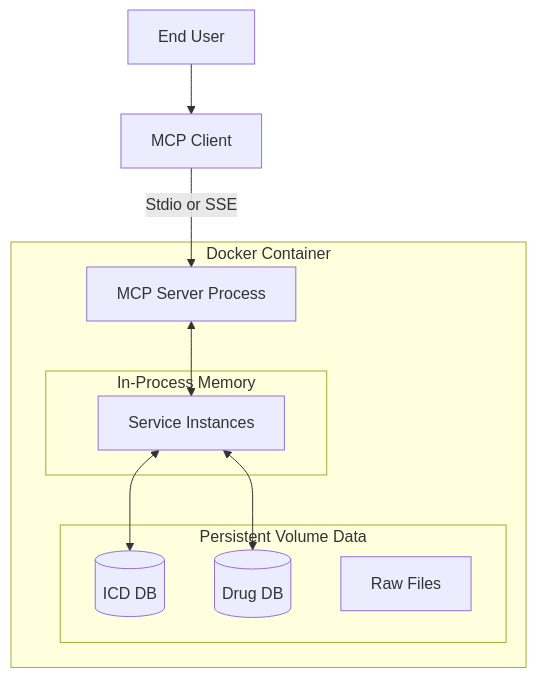
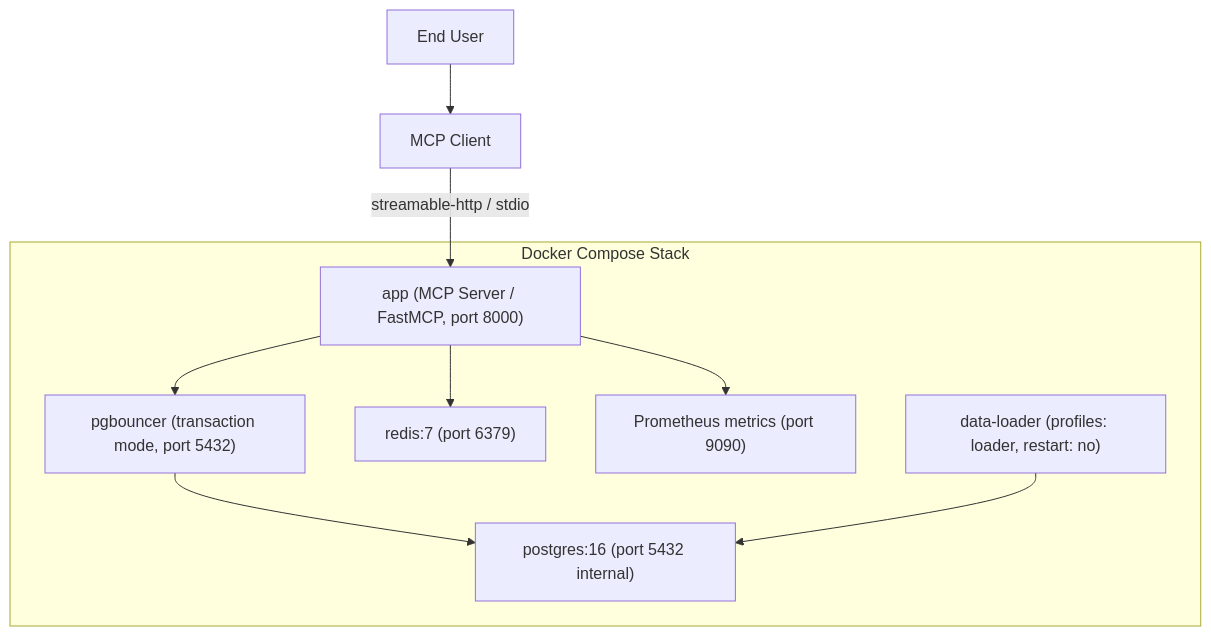
Before and after one commit to healthymind-tech/Taiwan-Health-MCP: the diagram in docs/architecture/deployment.md, drawn with Mermaid. The commit also changed other lines of this file and 21 other files, not shown here.

````diff
--- a/docs/architecture/deployment.md
+++ b/docs/architecture/deployment.md
@@ -3,24 +3,19 @@
 ```mermaid
 graph TD
     User[End User] --> Client[MCP Client]
-    
-    subgraph "Docker Container"
-        Server[MCP Server Process]
-        
-        subgraph "In-Process Memory"
-            Services[Service Instances]
-        end
-        
-        subgraph "Persistent Volume Data"
-            DB1[(ICD DB)]
-            DB2[(Drug DB)]
-            Files[Raw Files]
-        end
-        
-        Server <--> Services
-        Services <--> DB1
-        Services <--> DB2
+
+    subgraph "Docker Compose Stack"
+        Server["app (MCP Server / FastMCP, port 8000)"]
+        PGB["pgbouncer (transaction mode, port 5432)"]
+        PG["postgres:16 (port 5432 internal)"]
+        RD["redis:7 (port 6379)"]
+        PM["Prometheus metrics (port 9090)"]
+        LDR["data-loader (profiles: loader, restart: no)"]
     end
-    
-    Client -- Stdio or SSE --> Server
+
+    Client -- "streamable-http / stdio" --> Server
+    Server --> PGB --> PG
+    Server --> RD
+    Server --> PM
+    LDR --> PG
 ```
````
